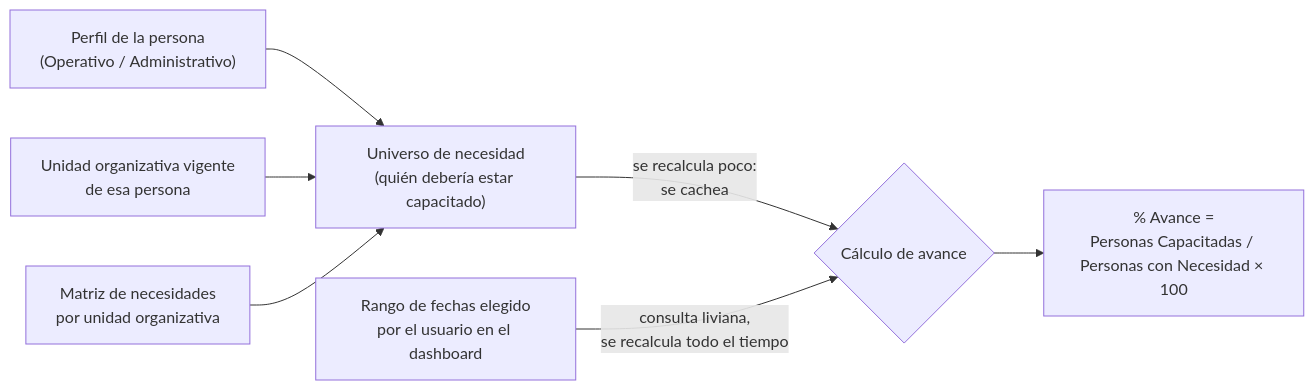
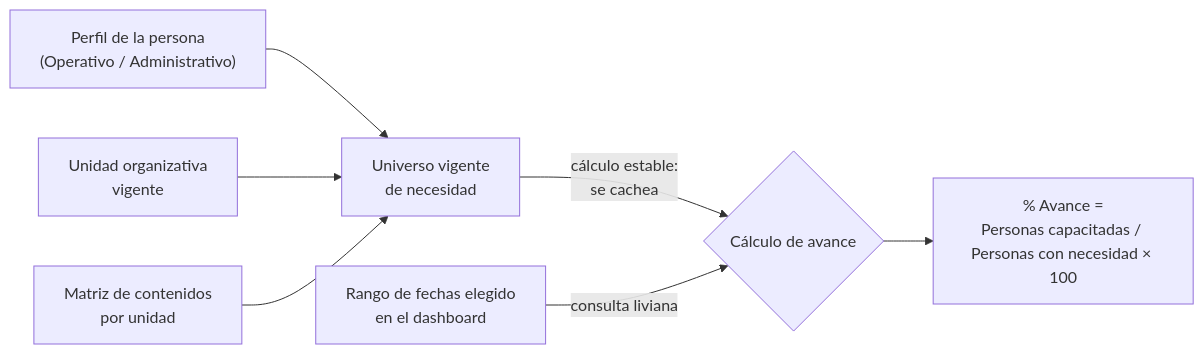
The fifth of 5 diagrams in charla-5-min/README.md (jminolli-e/case-studies), drawn with Mermaid before and after one commit. The commit also changed other lines of this file, not shown here.

````diff
--- a/charla-5-min/README.md
+++ b/charla-5-min/README.md
@@ -198,9 +198,9 @@
 ```mermaid
 flowchart LR
-    P["Perfil de la persona<br/>(Operativo / Administrativo)"] --> U["Universo de necesidad<br/>(quién debería estar capacitado)"]
-    O["Unidad organizativa vigente<br/>de esa persona"] --> U
-    M["Matriz de necesidades<br/>por unidad organizativa"] --> U
-    U -->|"se recalcula poco:<br/>se cachea"| C{"Cálculo de avance"}
-    F["Rango de fechas elegido<br/>por el usuario en el dashboard"] -->|"consulta liviana,<br/>se recalcula todo el tiempo"| C
-    C --> PCT["% Avance =<br/>Personas Capacitadas / Personas con Necesidad × 100"]
+    P["Perfil de la persona<br/>(Operativo / Administrativo)"] --> U["Universo vigente<br/>de necesidad"]
+    O["Unidad organizativa<br/>vigente"] --> U
+    M["Matriz de contenidos<br/>por unidad"] --> U
+    U -->|"cálculo estable:<br/>se cachea"| C{"Cálculo de avance"}
+    F["Rango de fechas elegido<br/>en el dashboard"] -->|"consulta liviana"| C
+    C --> PCT["% Avance =<br/>Personas capacitadas / Personas con necesidad × 100"]
 ```
````
